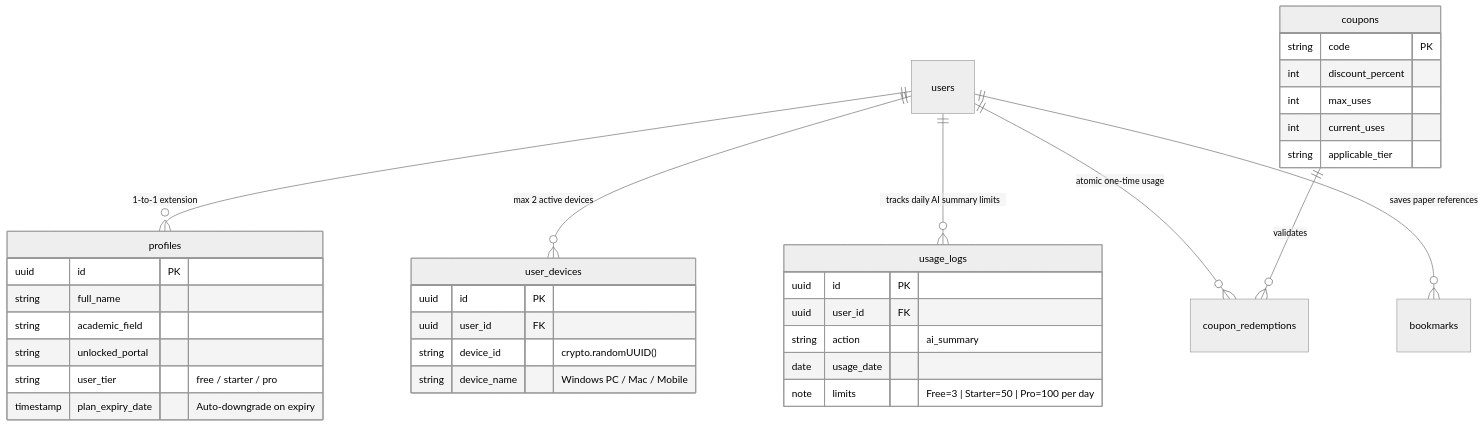
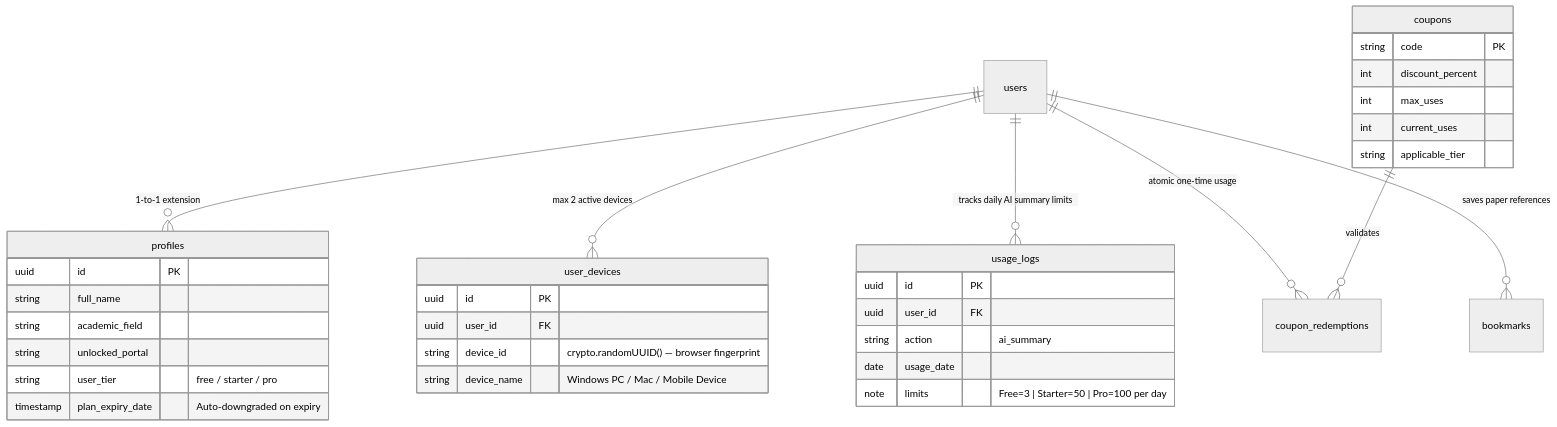
One commit to CodeWithPritom/ScholarHub-frontend changed the tenth of 11 diagrams in SYSTEM_ARCHITECTURE_DEEP_DIVE.md. Above: the diagram before and after it, drawn with Mermaid (neutral theme). The commit also changed other lines of this file and 13 other files, not shown here.

````diff
--- a/SYSTEM_ARCHITECTURE_DEEP_DIVE.md
+++ b/SYSTEM_ARCHITECTURE_DEEP_DIVE.md
@@ -340,41 +425,41 @@
 ```mermaid
 erDiagram
     users ||--o{ profiles : "1-to-1 extension"
     users ||--o{ user_devices : "max 2 active devices"
     users ||--o{ usage_logs : "tracks daily AI summary limits"
     users ||--o{ coupon_redemptions : "atomic one-time usage"
     users ||--o{ bookmarks : "saves paper references"
 
     profiles {
         uuid id PK
         string full_name
         string academic_field
         string unlocked_portal
         string user_tier "free / starter / pro"
-        timestamp plan_expiry_date "Auto-downgrade on expiry"
+        timestamp plan_expiry_date "Auto-downgraded on expiry"
     }
 
     usage_logs {
         uuid id PK
         uuid user_id FK
         string action "ai_summary"
         date usage_date
         note limits "Free=3 | Starter=50 | Pro=100 per day"
     }
 
     user_devices {
         uuid id PK
         uuid user_id FK
-        string device_id "crypto.randomUUID()"
-        string device_name "Windows PC / Mac / Mobile"
+        string device_id "crypto.randomUUID() — browser fingerprint"
+        string device_name "Windows PC / Mac / Mobile Device"
     }
 
     coupons ||--o{ coupon_redemptions : "validates"
     coupons {
         string code PK
         int discount_percent
         int max_uses
         int current_uses
         string applicable_tier
     }
 ```
````
